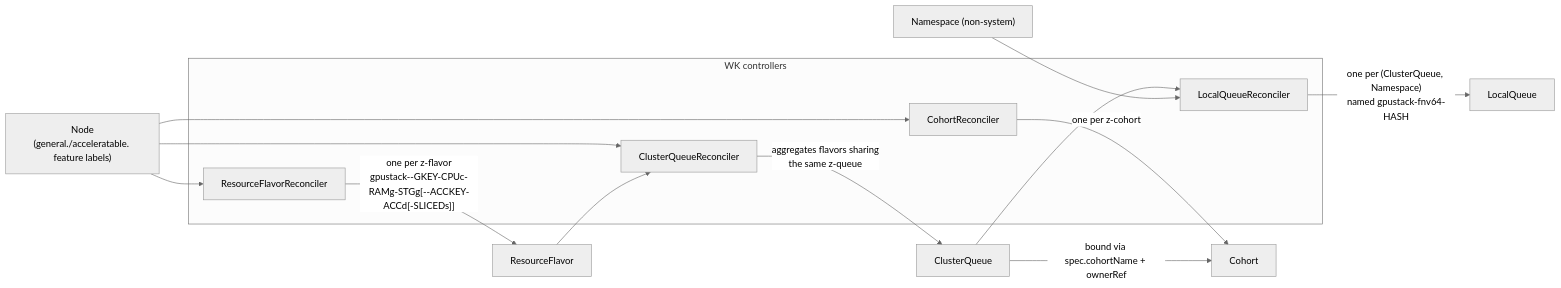
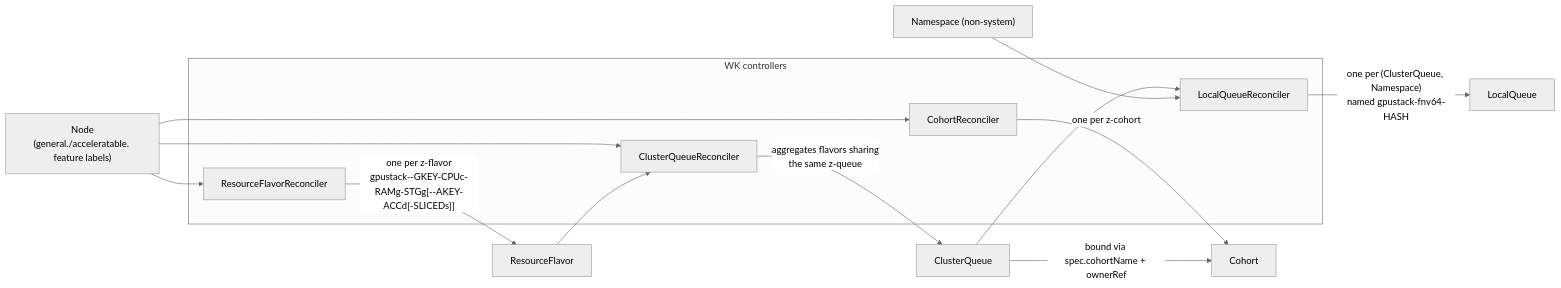
The second of 2 diagrams in docs/architecture.md (gpustack/gpustack-operator), drawn with Mermaid (neutral theme) before and after one commit. The commit also changed other lines of this file and 2 other files, not shown here.

````diff
--- a/docs/architecture.md
+++ b/docs/architecture.md
@@ -155,24 +155,24 @@
 ```mermaid
 flowchart LR
     NODE["Node<br/>(general./acceleratable. feature labels)"]
 
     subgraph controllers["WK controllers"]
         RFR["ResourceFlavorReconciler"]
         COR["CohortReconciler"]
         CQR["ClusterQueueReconciler"]
         LQR["LocalQueueReconciler"]
     end
 
     NODE --> RFR
     NODE --> COR
     NODE --> CQR
 
-    RFR -- "one per z-flavor<br/>gpustack--GKEY-CPUc-RAMg-STGg[--ACCKEY-ACCd[-SLICEDs]]" --> RF["ResourceFlavor"]
+    RFR -- "one per z-flavor<br/>gpustack--GKEY-CPUc-RAMg-STGg[--AKEY-ACCd[-SLICEDs]]" --> RF["ResourceFlavor"]
     COR -- "one per z-cohort" --> CO["Cohort"]
     RF --> CQR
     CQR -- "aggregates flavors sharing<br/>the same z-queue" --> CQ["ClusterQueue"]
     CQ -- "bound via spec.cohortName + ownerRef" --> CO
     CQ --> LQR
     NS["Namespace (non-system)"] --> LQR
     LQR -- "one per (ClusterQueue, Namespace)<br/>named gpustack-fnv64-HASH" --> LQ["LocalQueue"]
 ```
````
